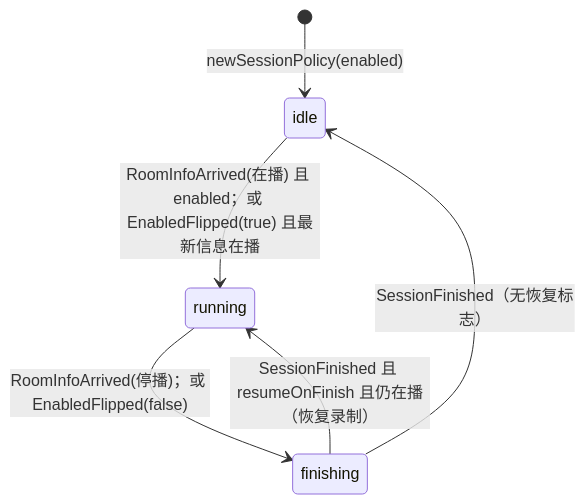
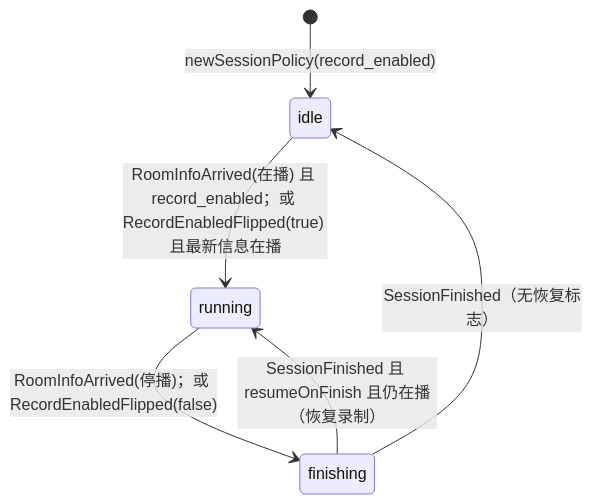
Before and after one commit to xgbt/suika: the eighth of 10 diagrams in docs/design/architecture-diagrams.md, drawn with Mermaid. The commit also changed other lines of this file and 19 other files, not shown here.

First line of the commit message:
refactor: rename 'enabled' to 'record_enabled' in session policy and related components

````diff
--- a/docs/design/architecture-diagrams.md
+++ b/docs/design/architecture-diagrams.md
@@ -333,8 +333,8 @@
 ```mermaid
 stateDiagram-v2
-    [*] --> idle : newSessionPolicy(enabled)
-    idle --> running : RoomInfoArrived(在播) 且 enabled；或 EnabledFlipped(true) 且最新信息在播
-    running --> finishing : RoomInfoArrived(停播)；或 EnabledFlipped(false)
+    [*] --> idle : newSessionPolicy(record_enabled)
+    idle --> running : RoomInfoArrived(在播) 且 record_enabled；或 RecordEnabledFlipped(true) 且最新信息在播
+    running --> finishing : RoomInfoArrived(停播)；或 RecordEnabledFlipped(false)
     finishing --> running : SessionFinished 且 resumeOnFinish 且仍在播（恢复录制）
     finishing --> idle : SessionFinished（无恢复标志）
 ```
````
